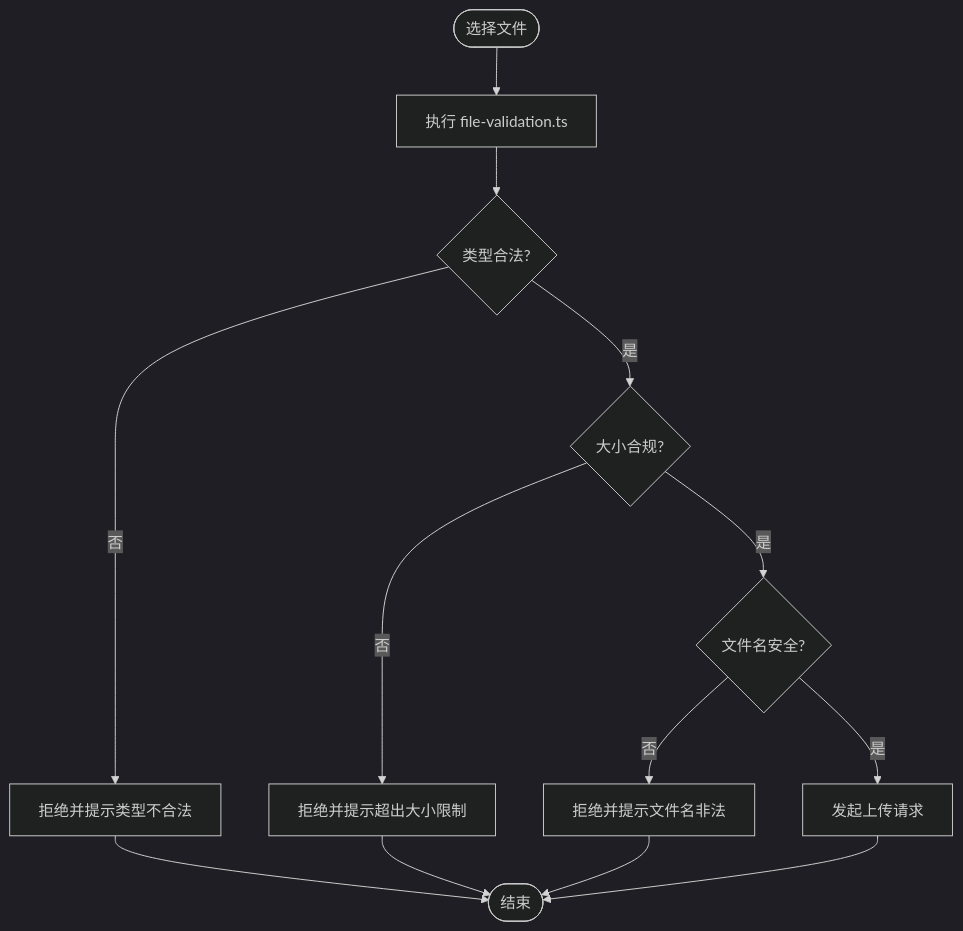
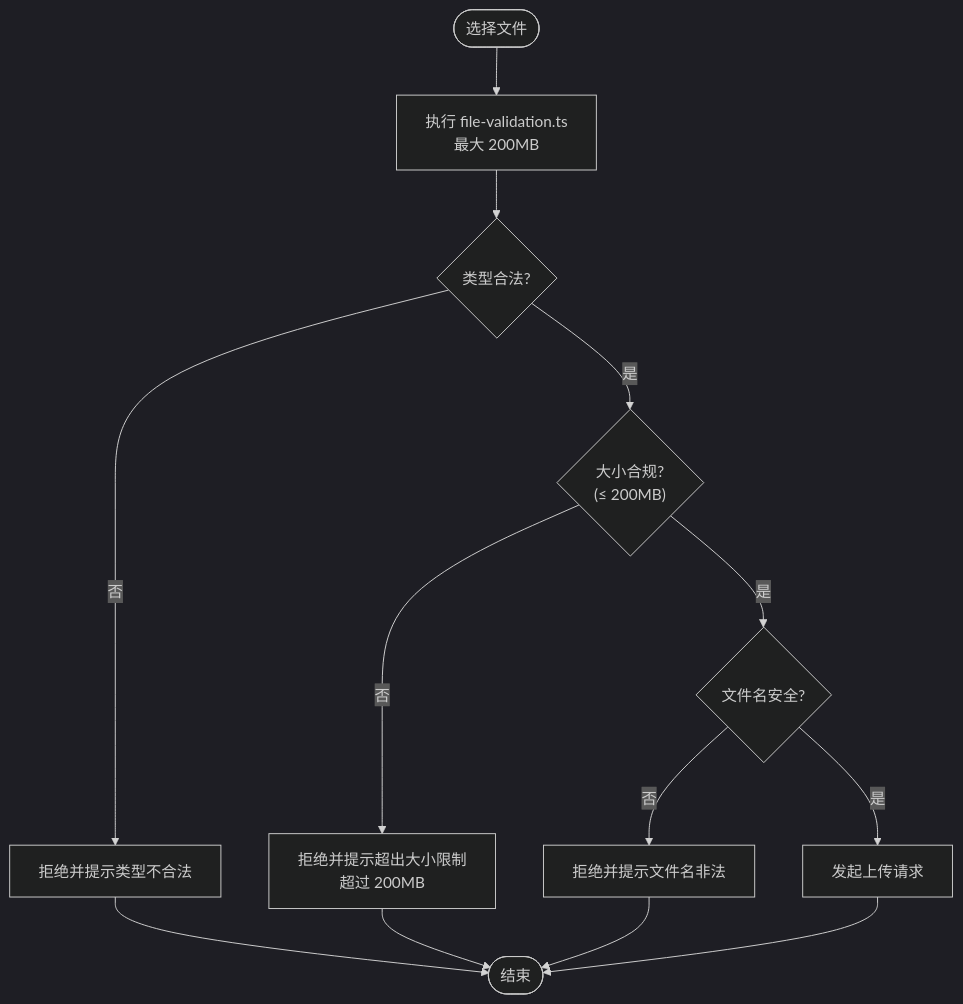
One commit to Damao997/newproject changed the fourth of 8 diagrams in .qoder/repowiki/zh/content/安全指南/输入验证与输出编码.md. Above: the diagram before and after it, drawn with Mermaid (dark theme). The commit also changed other lines of this file and 24 other files, not shown here.

````diff
--- a/.qoder/repowiki/zh/content/安全指南/输入验证与输出编码.md
+++ b/.qoder/repowiki/zh/content/安全指南/输入验证与输出编码.md
@@ -219,15 +228,15 @@
 ```mermaid
 flowchart TD
-Select(["选择文件"]) --> Validate["执行 file-validation.ts"]
+Select(["选择文件"]) --> Validate["执行 file-validation.ts<br/>最大 200MB"]
 Validate --> TypeOK{"类型合法?"}
 TypeOK --> |否| RejectType["拒绝并提示类型不合法"]
-TypeOK --> |是| SizeOK{"大小合规?"}
-SizeOK --> |否| RejectSize["拒绝并提示超出大小限制"]
+TypeOK --> |是| SizeOK{"大小合规?<br/>(≤ 200MB)"}
+SizeOK --> |否| RejectSize["拒绝并提示超出大小限制<br/>超过 200MB"]
 SizeOK --> |是| NameOK{"文件名安全?"}
 NameOK --> |否| RejectName["拒绝并提示文件名非法"]
 NameOK --> |是| Upload["发起上传请求"]
 RejectType --> End(["结束"])
 RejectSize --> End
 RejectName --> End
 Upload --> End
 ```
````
